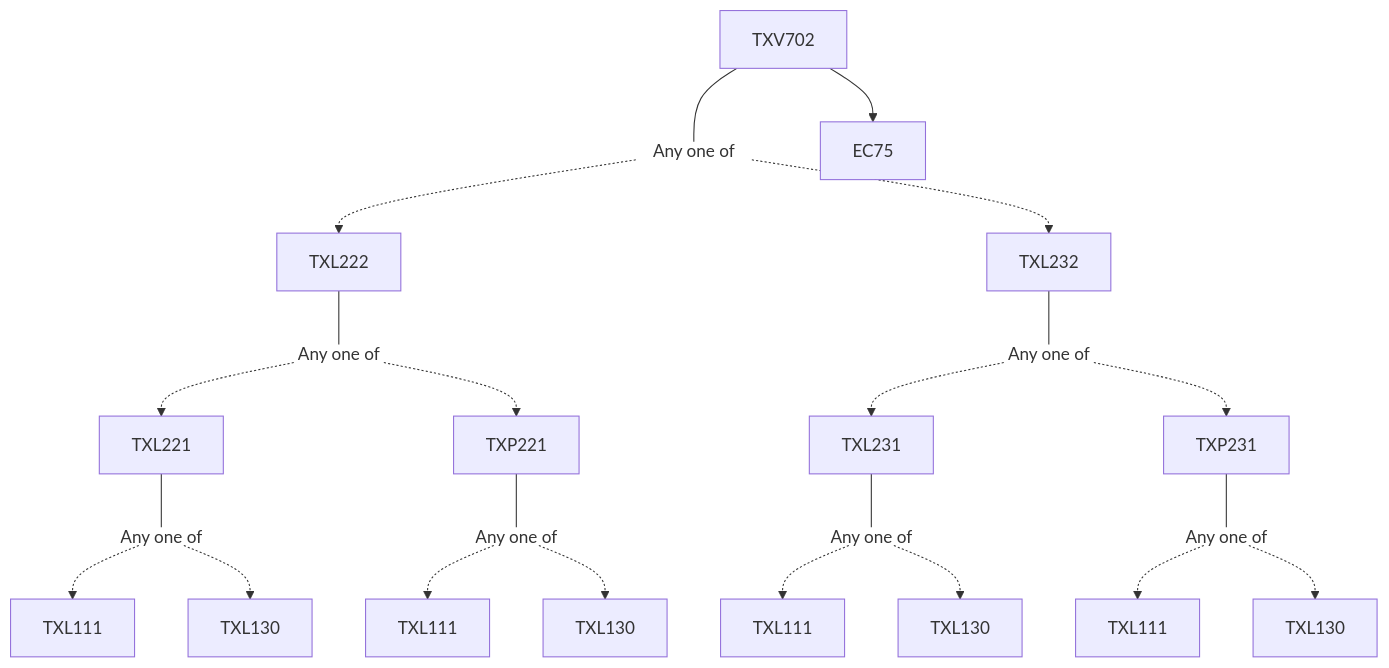
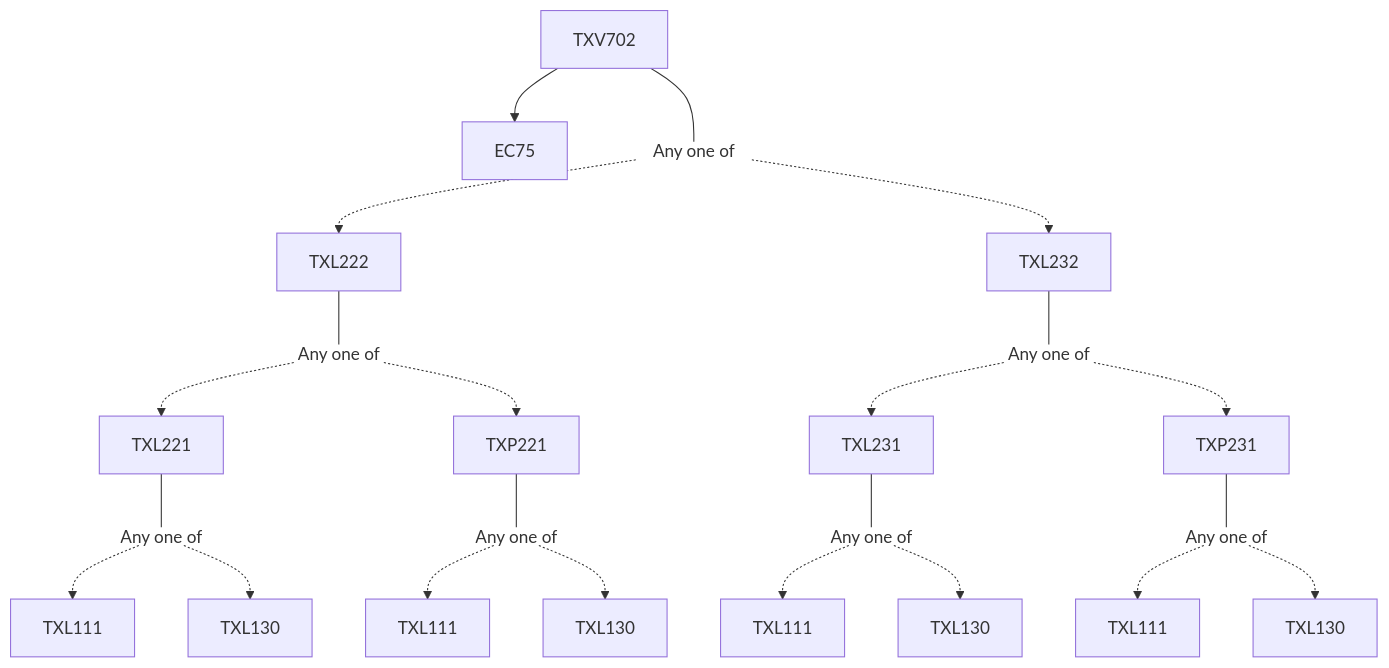
Before and after one commit to KeshavBansal0122/CoS_Website: the diagram in content/Textile and Fibre Engineering/TXV702.md, drawn with Mermaid. The commit also changed other lines of this file and 392 other files, not shown here.

````diff
--- a/content/Textile and Fibre Engineering/TXV702.md
+++ b/content/Textile and Fibre Engineering/TXV702.md
@@ -13,29 +13,29 @@
 ```mermaid
 flowchart TD
 TXV702-1996[TXV702]
+TXV702-1996 --> EC75-1996[EC75]
 TXV702-1996 --- Or1997[Any one of]:::empty
+Or1997 -.-> TXL222-1998[TXL222]
 TXL222-1998 --- Or1999[Any one of]:::empty
 Or1999 -.-> TXL221-2000[TXL221]
 TXL221-2000 --- Or2001[Any one of]:::empty
 Or2001 -.-> TXL111-2002[TXL111]
 Or2001 -.-> TXL130-2003[TXL130]
-Or1999 -.-> TXP221-2004[TXP221]
 TXP221-2004 --- Or2005[Any one of]:::empty
 Or2005 -.-> TXL111-2006[TXL111]
 Or2005 -.-> TXL130-2007[TXL130]
-Or1997 -.-> TXL222-1998[TXL222]
+Or1999 -.-> TXP221-2004[TXP221]
+Or1997 -.-> TXL232-2008[TXL232]
 TXL232-2008 --- Or2009[Any one of]:::empty
-Or2009 -.-> TXL231-2010[TXL231]
 TXL231-2010 --- Or2011[Any one of]:::empty
 Or2011 -.-> TXL111-2012[TXL111]
 Or2011 -.-> TXL130-2013[TXL130]
+Or2009 -.-> TXL231-2010[TXL231]
 Or2009 -.-> TXP231-2014[TXP231]
 TXP231-2014 --- Or2015[Any one of]:::empty
 Or2015 -.-> TXL111-2016[TXL111]
 Or2015 -.-> TXL130-2017[TXL130]
-Or1997 -.-> TXL232-2008[TXL232]
-TXV702-1996 --> EC75-1996[EC75]
 
 classDef empty height:17px, fill:transparent, stroke:transparent;
 classDef trueEmpty height:0px, width:0px;
 ```
````
